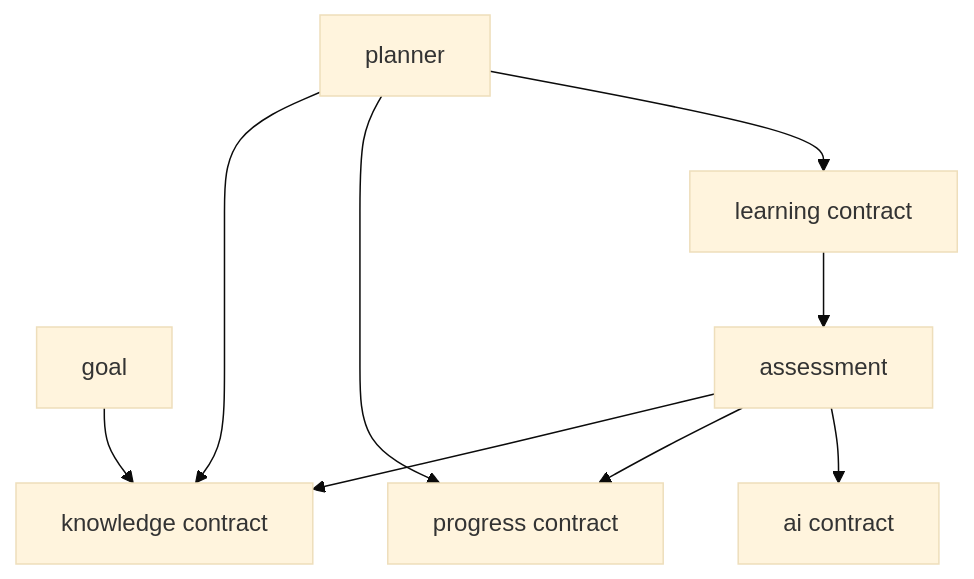
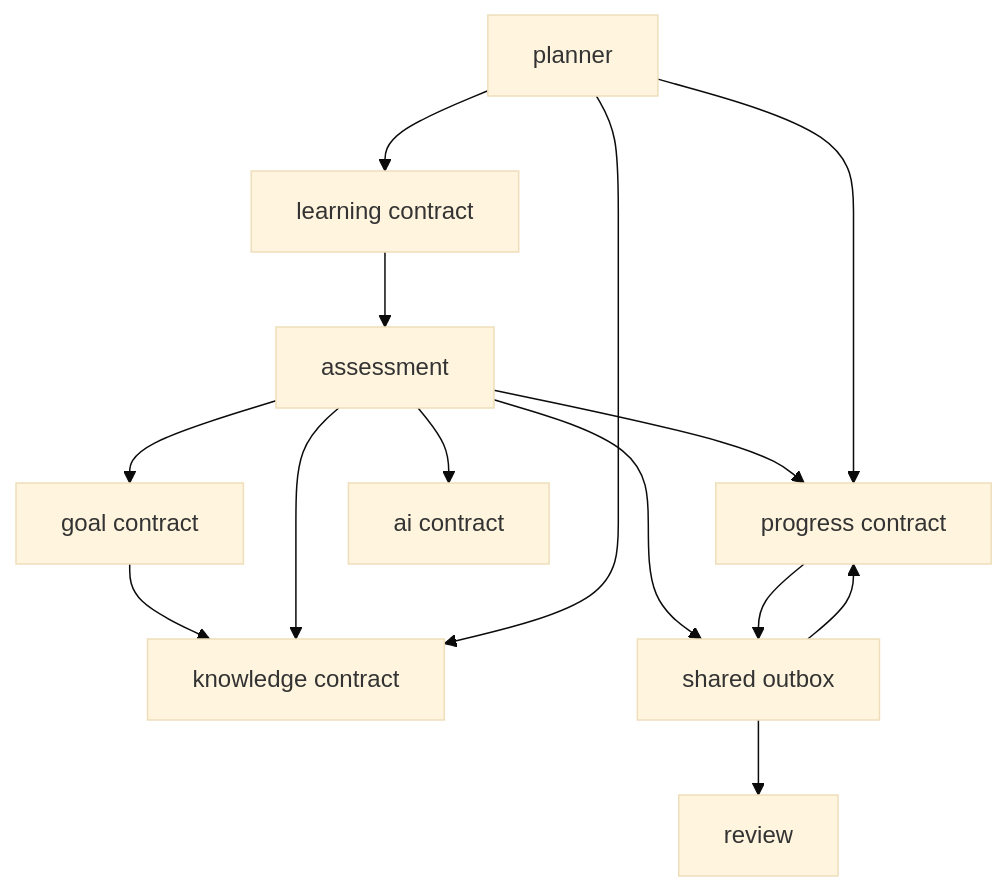
One commit to TminTtapcode/SkillPath changed the diagram in docs/architecture/MODULE_BOUNDARIES.md. Above: the diagram before and after it, drawn with Mermaid (base theme). The commit also changed other lines of this file and 95 other files, not shown here.

````diff
--- a/docs/architecture/MODULE_BOUNDARIES.md
+++ b/docs/architecture/MODULE_BOUNDARIES.md
@@ -29,11 +29,16 @@
 ```mermaid
 flowchart TD
     GOAL[goal] --> K[knowledge contract]
+    AS --> GOAL[goal contract]
     AS[assessment] --> K
     AS --> PR[progress contract]
+    AS --> OB[shared outbox]
+    OB --> PR
+    PR --> OB
+    OB --> RV[review]
     PL[planner] --> K
     PL --> PR
     PL --> L[learning contract]
     L --> AS
     AS --> AI[ai contract]
 ```
````
